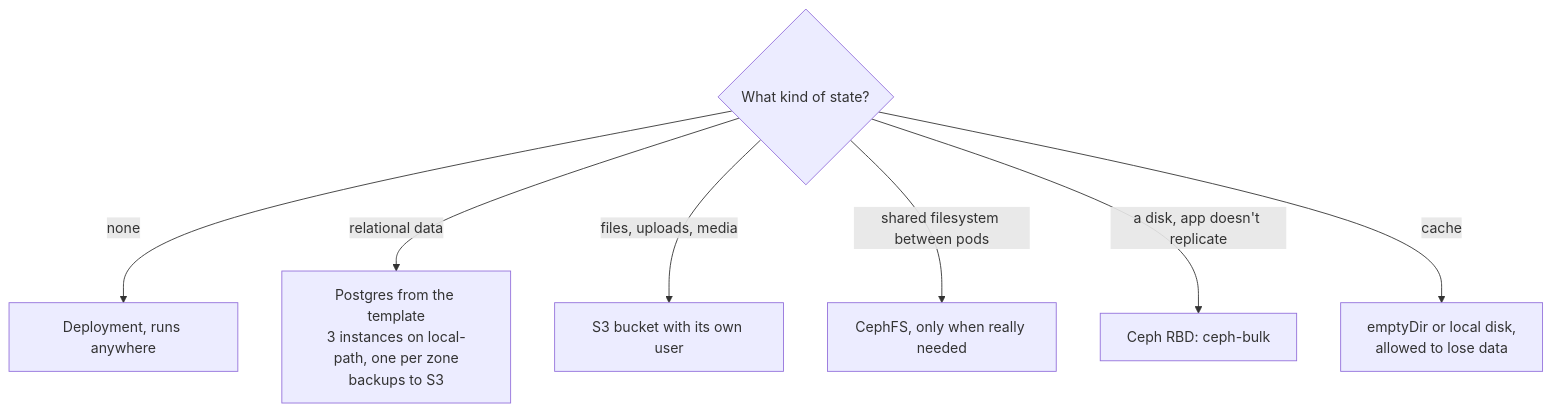
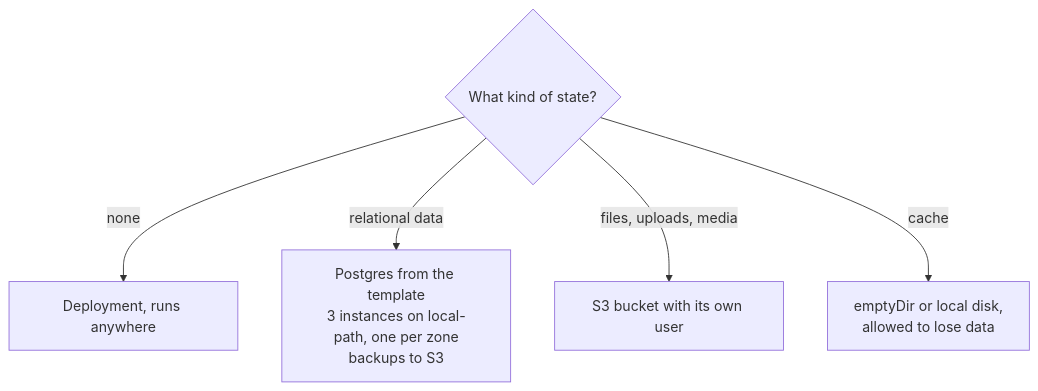
Before and after one commit to jurrebuunk/nix-cluster: the diagram in docs/how-to/build-an-app.md, drawn with Mermaid. The commit also changed other lines of this file and 6 other files, not shown here.

````diff
--- a/docs/how-to/build-an-app.md
+++ b/docs/how-to/build-an-app.md
@@ -55,10 +55,8 @@
 ```mermaid
 flowchart TD
   q{What kind of state?}
   q -- none --> stateless[Deployment, runs anywhere]
   q -- relational data --> pg[Postgres from the template<br/>3 instances on local-path, one per zone<br/>backups to S3]
   q -- files, uploads, media --> s3[S3 bucket with its own user]
-  q -- shared filesystem between pods --> cephfs[CephFS, only when really needed]
-  q -- a disk, app doesn't replicate --> rbd[Ceph RBD: ceph-bulk]
   q -- cache --> cache[emptyDir or local disk,<br/>allowed to lose data]
 ```
````
